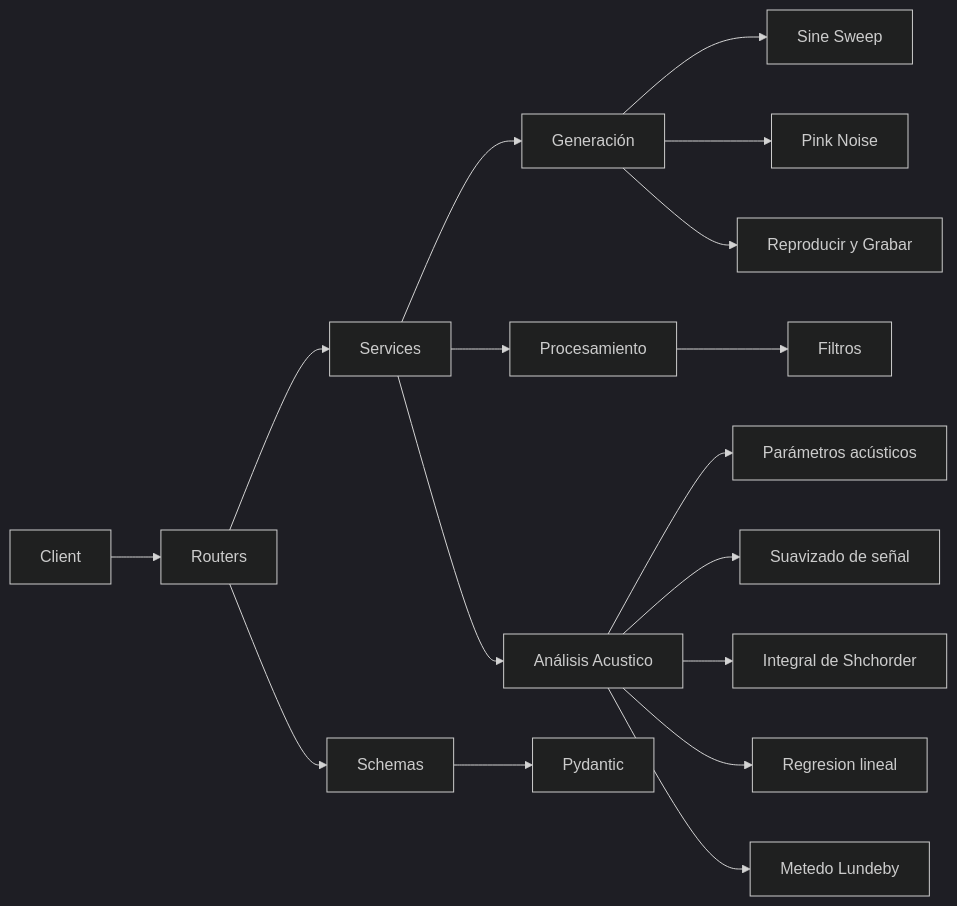
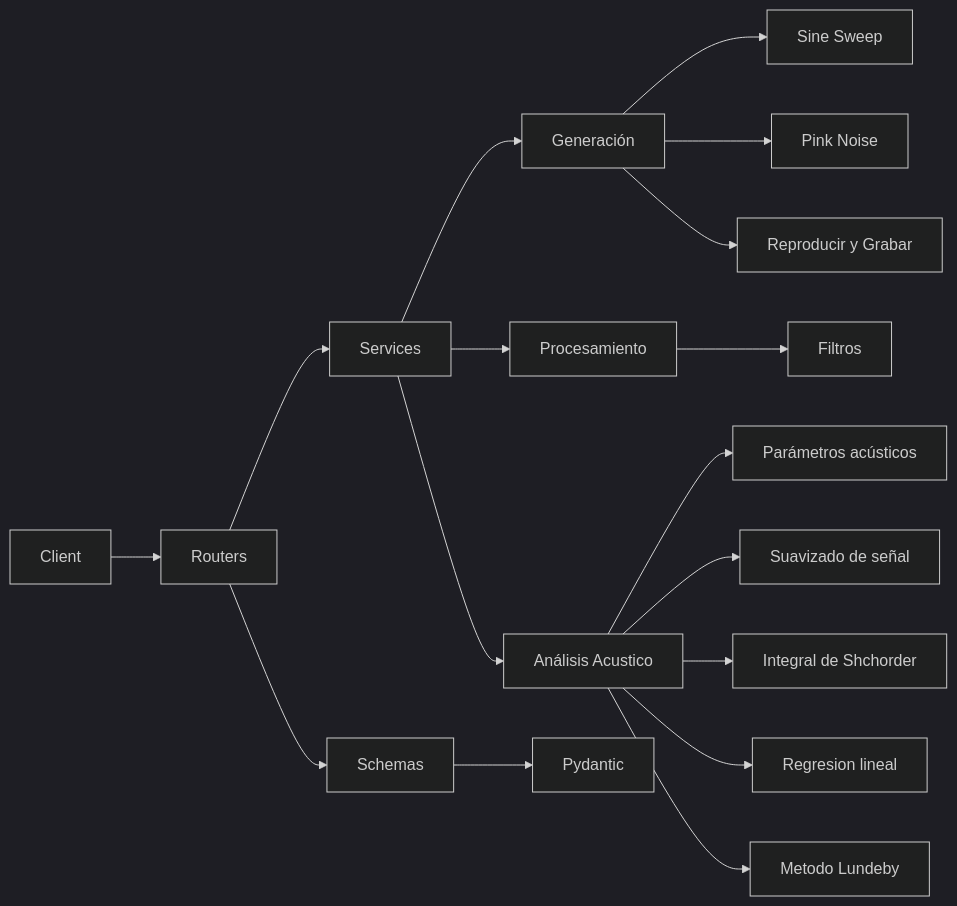
The diagram in README.md (valentinadepiero/trabajo-practico-ss), drawn with Mermaid (dark theme) before and after one commit.

Commit message:
Update README.md with project details and instructions

````diff
--- a/README.md
+++ b/README.md
@@ -60,19 +60,19 @@
 ```mermaid
 graph LR
 Client --> R[Routers]
 R --> S[Services]
 S --> Gen[Generación]
 Gen --> SS[Sine Sweep]
 Gen --> PN[Pink Noise]
 Gen --> Rec[Reproducir y Grabar]
 S --> Proc[Procesamiento]
 Proc --> F[Filtros]
 S --> An[Análisis Acustico]
 An --> Par[Parámetros acústicos]
 An -->Sua[Suavizado de señal]
 An -->InS[Integral de Shchorder]
 An -->Reg[Regresion lineal]
-An -->Mlun[Metedo Lundeby]
+An -->Mlun[Metodo Lundeby]
 R --> Sch[Schemas]
 Sch -->Pydantic 
 ```
````
